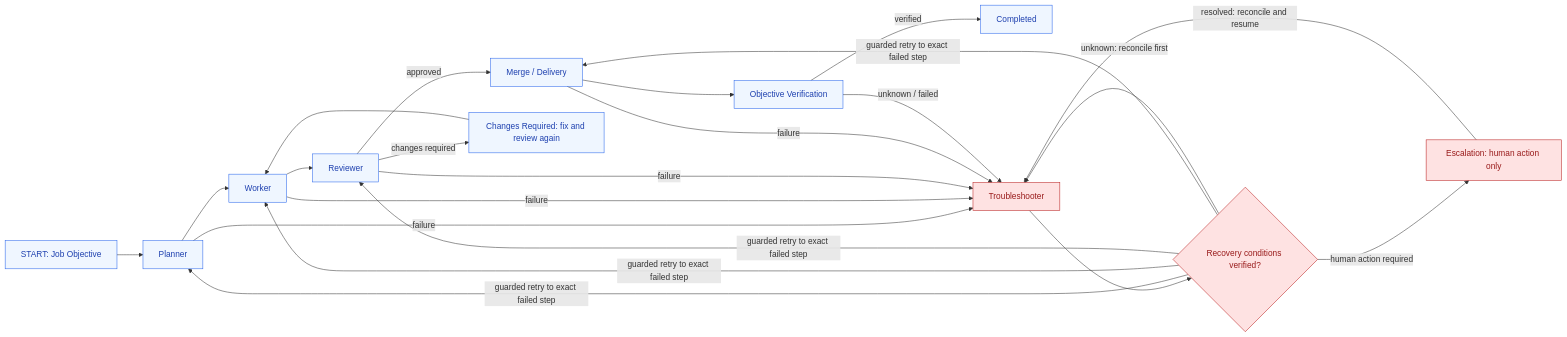
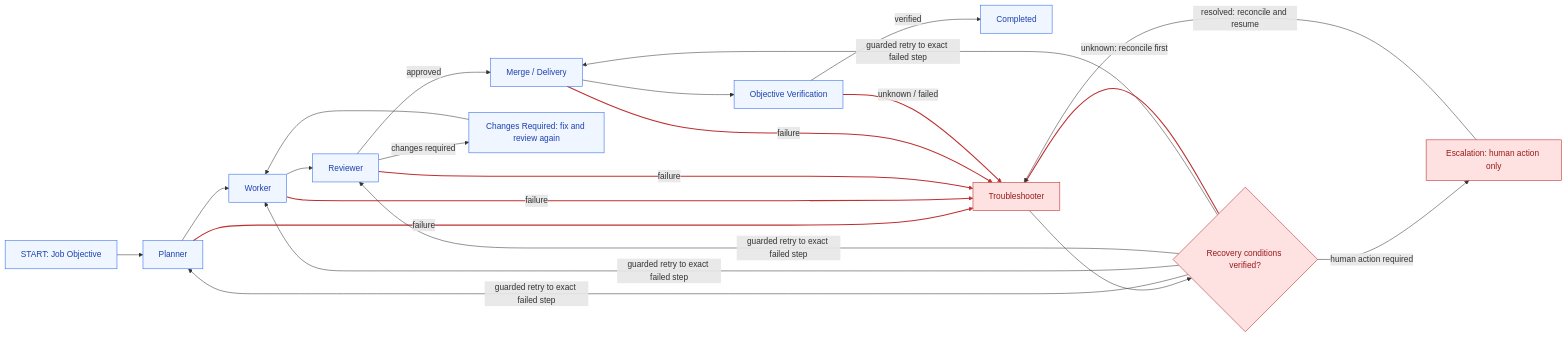
Before and after one commit to lalalic/agents-relay: the diagram in workflow/main.mmd, drawn with Mermaid. The commit also changed 2 other files, not shown here.

Commit message:
fix(dashboard): restore decision labels and red failure paths

```diff
--- a/workflow/main.mmd
+++ b/workflow/main.mmd
@@ -1,53 +1,56 @@
 %% dashboard: presentation-only — not registered with GraphRuntime or the executable Graph DSL.
 %% Nodes link to the canonical executable workflow graphs. SQLite remains authoritative.
 flowchart LR
     objective["START: Job Objective"]
     planner["Planner"]
     worker["Worker"]
     reviewer["Reviewer"]
     delivery["Merge / Delivery"]
     verify["Objective Verification"]
     completed["Completed"]
     trouble["Troubleshooter"]
     recover{"Recovery conditions verified?"}
     escalation["Escalation: human action only"]
     fix["Changes Required: fix and review again"]
 
     objective --> planner
     planner --> worker
     worker --> reviewer
     reviewer -->|approved| delivery
     reviewer -->|changes required| fix
     fix --> worker
     delivery --> verify
     verify -->|verified| completed
 
     planner -->|failure| trouble
     worker -->|failure| trouble
     reviewer -->|failure| trouble
     delivery -->|failure| trouble
     verify -->|unknown / failed| trouble
     trouble --> recover
     recover -->|guarded retry to exact failed step| planner
     recover -->|guarded retry to exact failed step| worker
     recover -->|guarded retry to exact failed step| reviewer
     recover -->|guarded retry to exact failed step| delivery
     recover -->|unknown: reconcile first| trouble
     recover -->|human action required| escalation
     escalation -->|resolved: reconcile and resume| trouble
 
     click objective href "job-lifecycle.mmd" "Job lifecycle"
     click planner href "planner-orchestration.mmd" "Planner orchestration"
     click worker href "task-lifecycle.mmd" "Task lifecycle"
     click reviewer href "review-lifecycle.mmd" "Review lifecycle"
     click delivery href "job-lifecycle.mmd" "Job completion"
     click verify href "job-lifecycle.mmd" "Objective completion gate"
     click trouble href "troubleshooter.mmd" "Troubleshooter"
     click recover href "task-resolution.mmd" "Task resolution"
     click escalation href "escalation.mmd" "Escalation"
     click fix href "review-lifecycle.mmd" "Review fixes"
 
     classDef exception fill:#fee2e2,stroke:#b91c1c,color:#991b1b
     classDef normal fill:#eff6ff,stroke:#2563eb,color:#1e40af
     class trouble,recover,escalation exception
     class objective,planner,worker,reviewer,delivery,verify,completed,fix normal
+
+    %% Failed/unknown transitions are red; verified retries remain blue.
+    linkStyle 8,9,10,11,12,18 stroke:#be3030,stroke-width:2px
```
